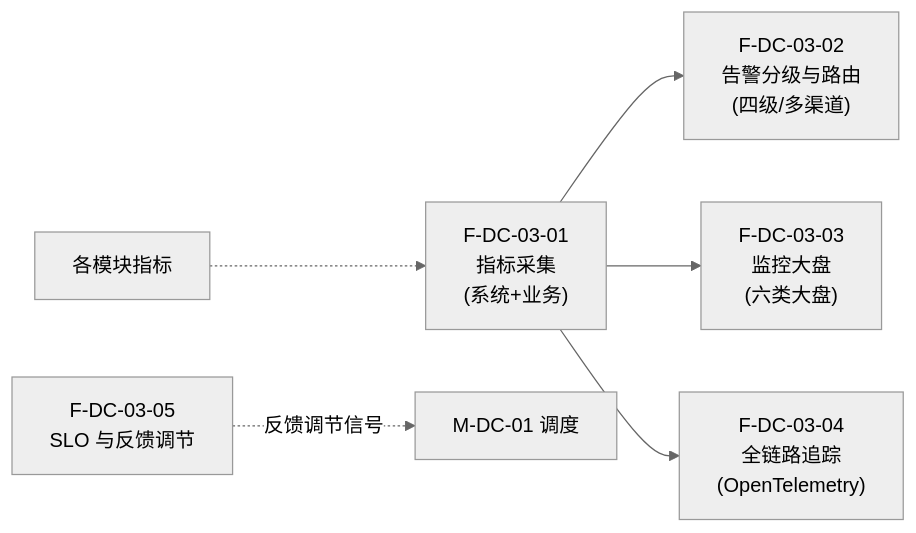
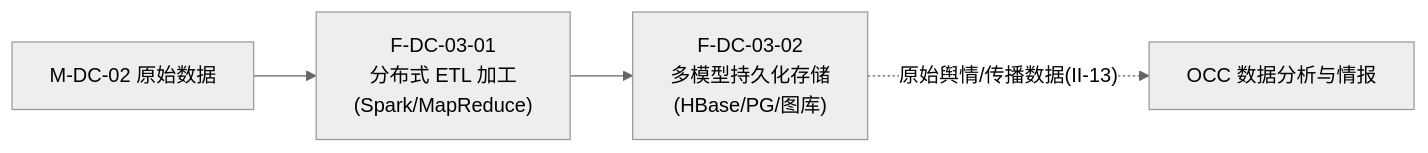
The fifth of 45 diagrams in 公司项目/认知作战/文档/软件概要设计-架构图.md (Sj-g/obsidian), drawn with Mermaid (neutral theme) before and after one commit. The commit also changed other lines of this file and 4 other files, not shown here.

````diff
--- a/公司项目/认知作战/文档/软件概要设计-架构图.md
+++ b/公司项目/认知作战/文档/软件概要设计-架构图.md
@@ -200,14 +130,9 @@
 ```mermaid
 flowchart LR
-    F0301["F-DC-03-01<br/>指标采集<br/>(系统+业务)"]
-    F0302["F-DC-03-02<br/>告警分级与路由<br/>(四级/多渠道)"]
-    F0303["F-DC-03-03<br/>监控大盘<br/>(六类大盘)"]
-    F0304["F-DC-03-04<br/>全链路追踪<br/>(OpenTelemetry)"]
-    F0305["F-DC-03-05<br/>SLO 与反馈调节"]
+    F0301["F-DC-03-01<br/>分布式 ETL 加工<br/>(Spark/MapReduce)"]
+    F0302["F-DC-03-02<br/>多模型持久化存储<br/>(HBase/PG/图库)"]
 
+    EXT["M-DC-02 原始数据"] --> F0301
     F0301 --> F0302
-    F0301 --> F0303
-    F0301 --> F0304
-    F0305 -.->|"反馈调节信号"| EXT["M-DC-01 调度"]
-    EXT2["各模块指标"] -.-> F0301
+    F0302 -.->|"原始舆情/传播数据(II-13)"| OCC["OCC 数据分析与情报"]
 ```
````
